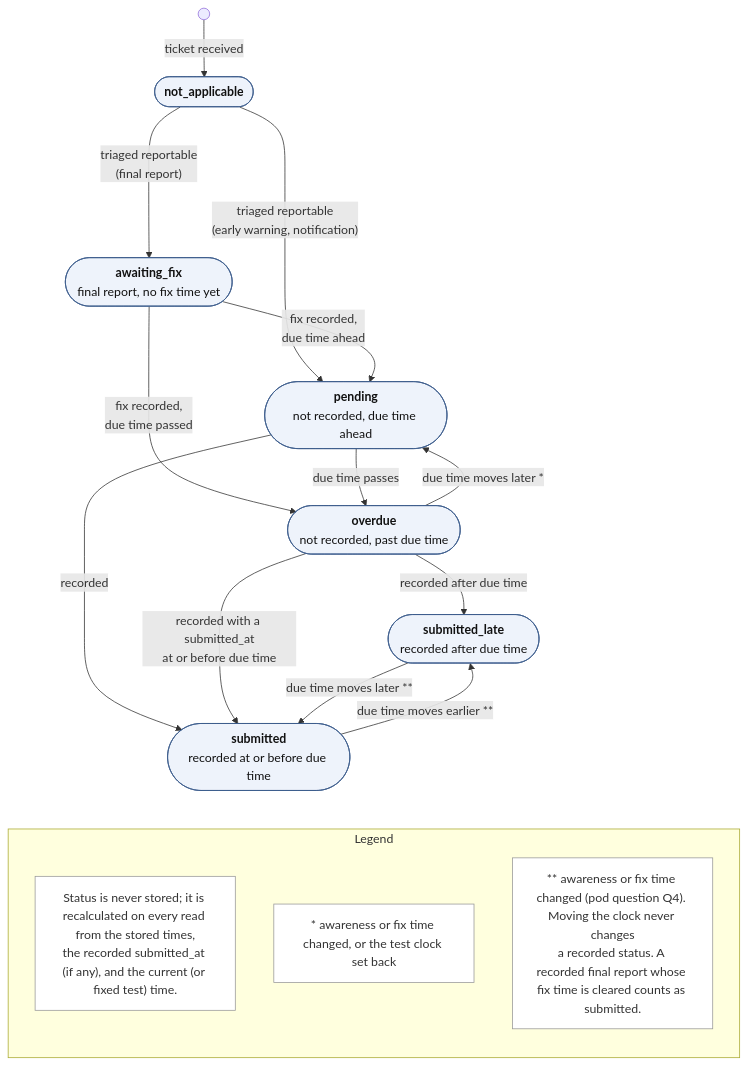
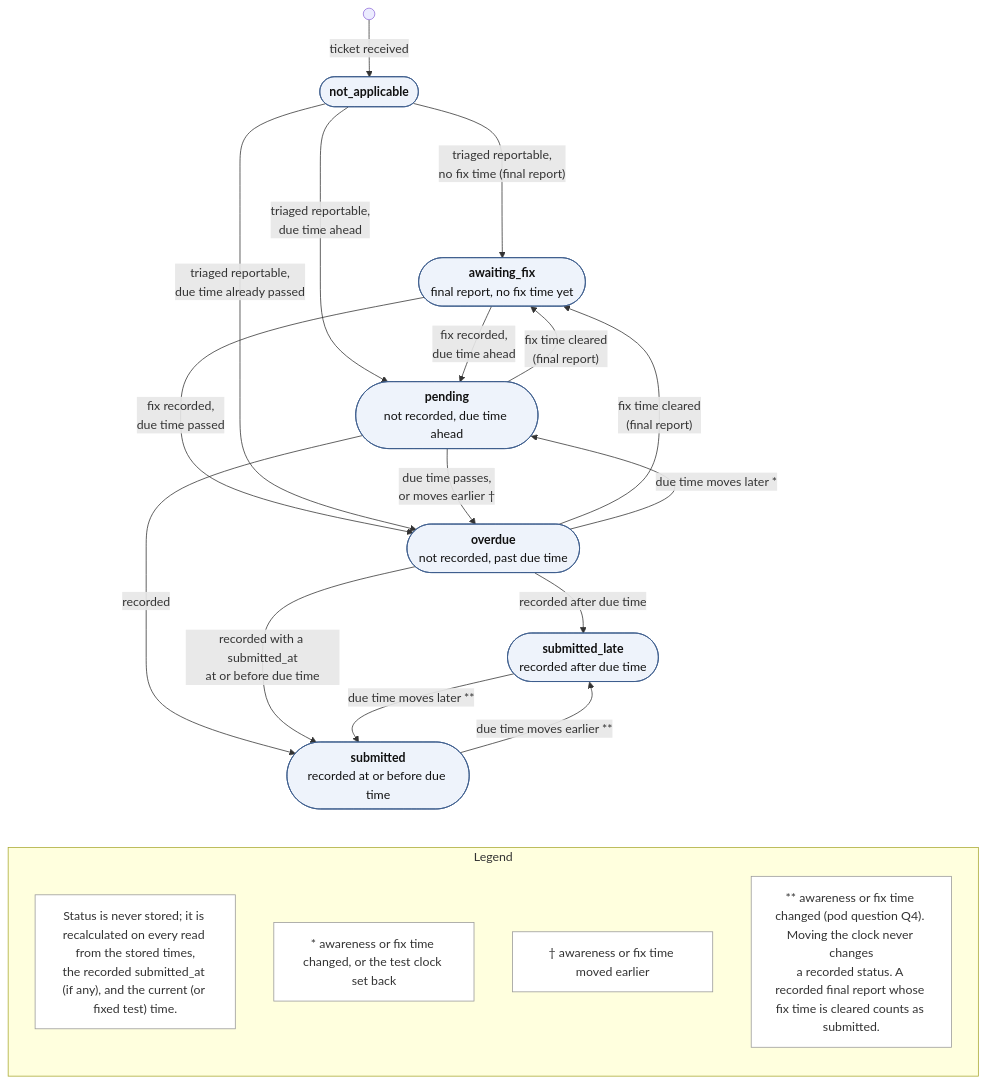
One commit to team17-ece30861/cra-service changed the diagram in docs/models/model-b-report-status.mmd. Above: the diagram before and after it, drawn with Mermaid. The commit also changed 6 other files, not shown here.

```diff
--- a/docs/models/model-b-report-status.mmd
+++ b/docs/models/model-b-report-status.mmd
@@ -1,25 +1,29 @@
 flowchart TB
   start((" ")) -->|"ticket received"| NA(["<b>not_applicable</b>"])
-  NA -->|"triaged reportable<br/>(final report)"| AF(["<b>awaiting_fix</b><br/>final report, no fix time yet"])
-  NA ---->|"triaged reportable<br/>(early warning, notification)"| P(["<b>pending</b><br/>not recorded, due time ahead"])
+  NA -->|"triaged reportable,<br/>no fix time (final report)"| AF(["<b>awaiting_fix</b><br/>final report, no fix time yet"])
+  NA ---->|"triaged reportable,<br/>due time ahead"| P(["<b>pending</b><br/>not recorded, due time ahead"])
   AF -->|"fix recorded,<br/>due time ahead"| P
   AF -->|"fix recorded,<br/>due time passed"| O(["<b>overdue</b><br/>not recorded, past due time"])
-  P -->|"due time passes"| O
+  NA -->|"triaged reportable,<br/>due time already passed"| O
+  P -->|"due time passes,<br/>or moves earlier †"| O
+  P -->|"fix time cleared<br/>(final report)"| AF
+  O -->|"fix time cleared<br/>(final report)"| AF
   O -->|"due time moves later *"| P
   P -->|"recorded"| S(["<b>submitted</b><br/>recorded at or before due time"])
   O -->|"recorded after due time"| SL(["<b>submitted_late</b><br/>recorded after due time"])
   O -->|"recorded with a submitted_at<br/>at or before due time"| S
   S -->|"due time moves earlier **"| SL
   SL -->|"due time moves later **"| S
   subgraph legend["Legend"]
     direction TB
     l1["Status is never stored; it is recalculated on every read from the stored times,<br/>the recorded submitted_at (if any), and the current (or fixed test) time."]
     l2["* awareness or fix time changed, or the test clock set back"]
+    l4["† awareness or fix time moved earlier"]
     l3["** awareness or fix time changed (pod question Q4). Moving the clock never changes<br/>a recorded status. A recorded final report whose fix time is cleared counts as submitted."]
   end
   S ~~~ legend
   SL ~~~ legend
   classDef state fill:#eef3fb,stroke:#3b5b8c,color:#111
   classDef note fill:#ffffff,stroke:#999,color:#333
   class NA,AF,P,O,S,SL state
-  class l1,l2,l3 note
+  class l1,l2,l3,l4 note
```
